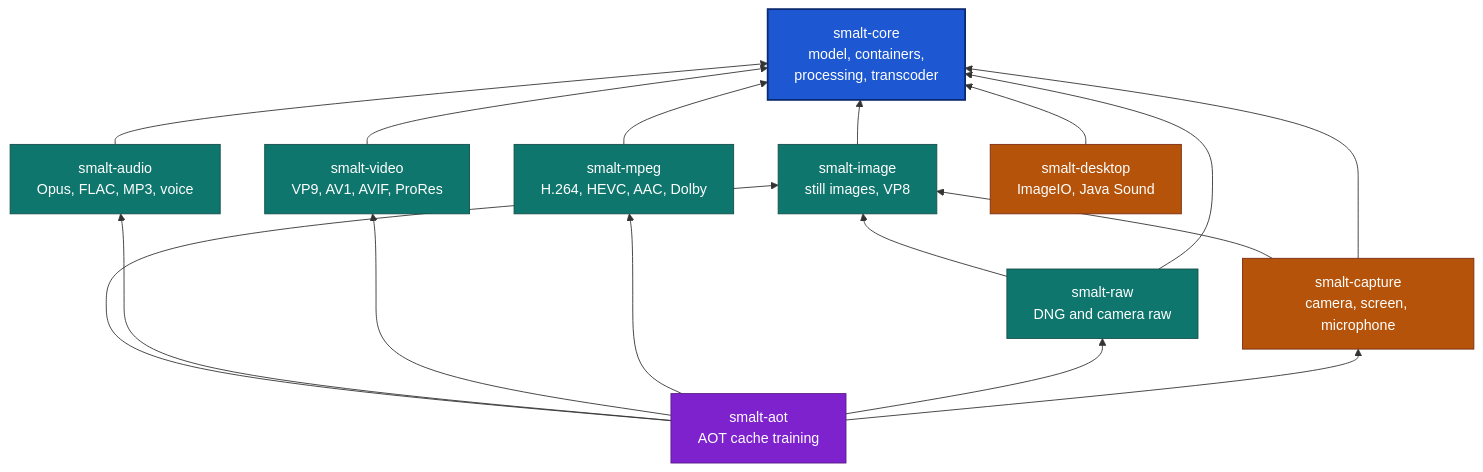
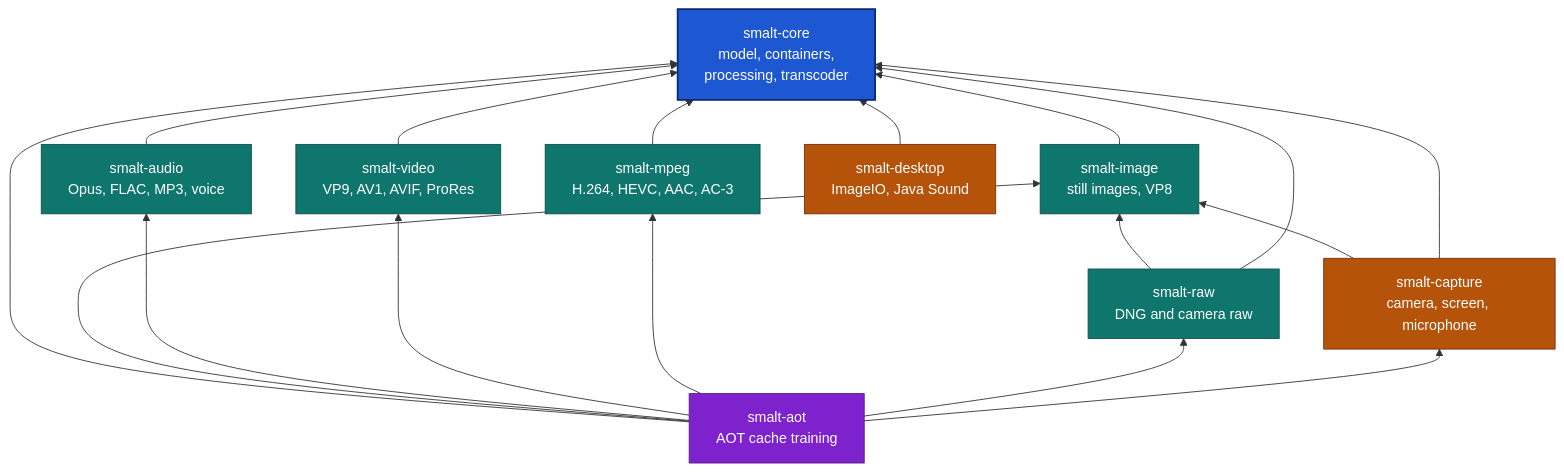
The diagram in README.md (Auties00/Smalt), drawn with Mermaid before and after one commit. The commit also changed other lines of this file and 17 other files, not shown here.

````diff
--- a/README.md
+++ b/README.md
@@ -180,37 +289,38 @@
 ```mermaid
 flowchart BT
     core["smalt-core<br/>model, containers,<br/>processing, transcoder"]
     image["smalt-image<br/>still images, VP8"]
     audio["smalt-audio<br/>Opus, FLAC, MP3, voice"]
     video["smalt-video<br/>VP9, AV1, AVIF, ProRes"]
-    mpeg["smalt-mpeg<br/>H.264, HEVC, AAC, Dolby"]
+    mpeg["smalt-mpeg<br/>H.264, HEVC, AAC, AC-3"]
     raw["smalt-raw<br/>DNG and camera raw"]
     capture["smalt-capture<br/>camera, screen, microphone"]
     desktop["smalt-desktop<br/>ImageIO, Java Sound"]
     aot["smalt-aot<br/>AOT cache training"]
 
     image --> core
     audio --> core
     video --> core
     mpeg --> core
     desktop --> core
     raw --> image
     capture --> image
     raw --> core
     capture --> core
+    aot --> core
     aot --> image
     aot --> audio
     aot --> video
     aot --> mpeg
     aot --> raw
     aot --> capture
 
     classDef base fill:#1d57d1,stroke:#0b2a6f,stroke-width:2px,color:#ffffff
     classDef codec fill:#0f766e,stroke:#134e4a,stroke-width:1px,color:#ffffff
     classDef platform fill:#b45309,stroke:#7c2d12,stroke-width:1px,color:#ffffff
     classDef tool fill:#7e22ce,stroke:#581c87,stroke-width:1px,color:#ffffff
     class core base
     class image,audio,video,mpeg,raw codec
     class capture,desktop platform
     class aot tool
 ```
````
